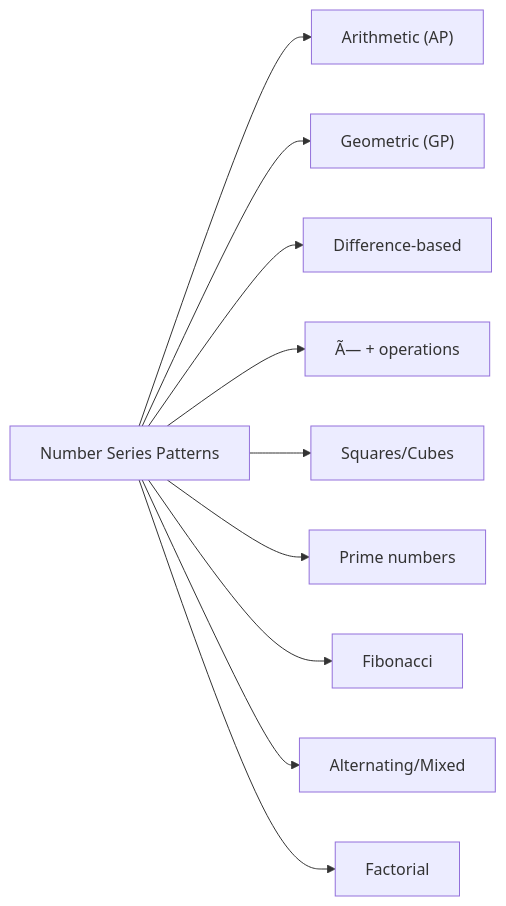
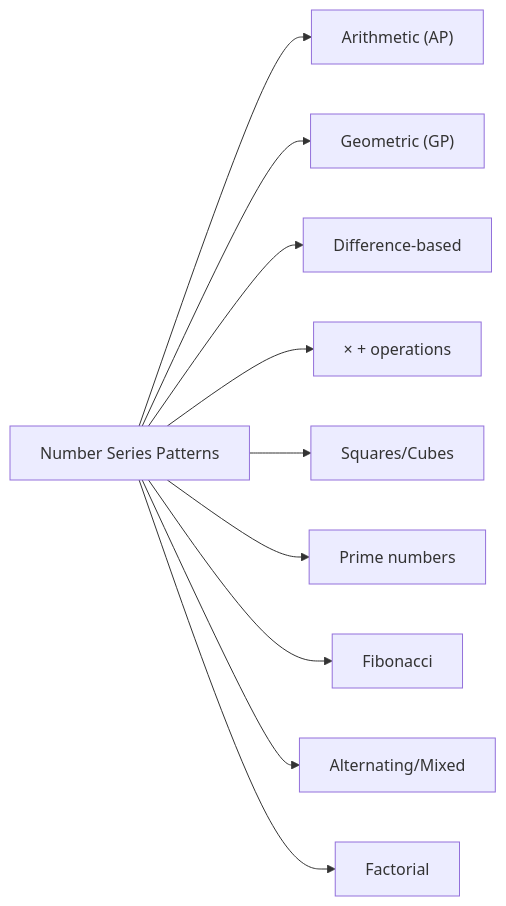
Before and after one commit to Raushan666java/ai-engineering-journey: the second of 6 diagrams in docs/courses/quantitative-aptitude/04-number-series.md, drawn with Mermaid. The commit also changed other lines of this file and 965 other files, not shown here.

````diff
--- a/docs/courses/quantitative-aptitude/04-number-series.md
+++ b/docs/courses/quantitative-aptitude/04-number-series.md
@@ -162,12 +162,12 @@
 ```mermaid
 flowchart LR
     A["Number Series Patterns"] --> B["Arithmetic (AP)"]
     A --> C["Geometric (GP)"]
     A --> D["Difference-based"]
-    A --> E["Ã— + operations"]
+    A --> E["× + operations"]
     A --> F["Squares/Cubes"]
     A --> G["Prime numbers"]
     A --> H["Fibonacci"]
     A --> I["Alternating/Mixed"]
     A --> J["Factorial"]
 ```
````
